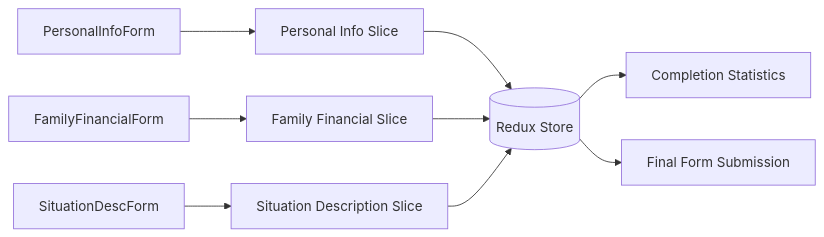
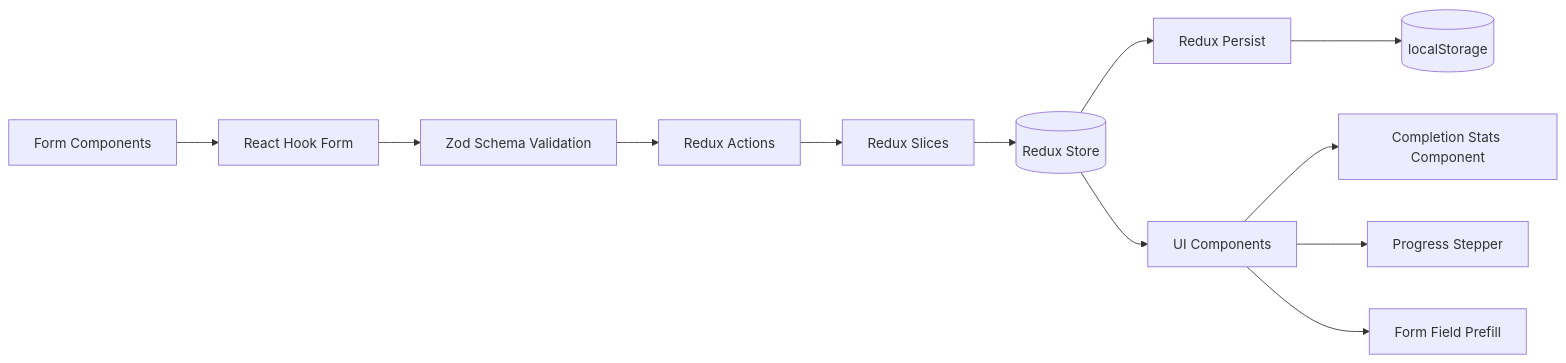
The second of 5 diagrams in docs/flow-diagram.md (pooyagolchian/social-support-app), drawn with Mermaid before and after one commit. The commit also changed other lines of this file and 1 other file, not shown here.

Commit message:
docs: update flow diagrams and application architecture in documentation; enhance clarity on validation and navigation processes

````diff
--- a/docs/flow-diagram.md
+++ b/docs/flow-diagram.md
@@ -41,13 +52,16 @@
 ```mermaid
 graph LR
-    PersonalInfoForm --> PersonalInfoSlice[Personal Info Slice]
-    FamilyFinancialForm --> FamilyFinancialSlice[Family Financial Slice]
-    SituationDescForm --> SituationDescSlice[Situation Description Slice]
+    Forms[Form Components] --> ReactHookForm[React Hook Form]
+    ReactHookForm --> ZodValidation[Zod Schema Validation]
+    ZodValidation --> ReduxActions[Redux Actions]
 
-    PersonalInfoSlice --> ReduxStore[(Redux Store)]
-    FamilyFinancialSlice --> ReduxStore
-    SituationDescSlice --> ReduxStore
+    ReduxActions --> Slices[Redux Slices]
+    Slices --> ReduxStore[(Redux Store)]
+    ReduxStore --> ReduxPersist[Redux Persist]
+    ReduxPersist --> LocalStorage[(localStorage)]
 
-    ReduxStore --> CompletionStats[Completion Statistics]
-    ReduxStore --> FormSubmission[Final Form Submission]
+    ReduxStore --> UIComponents[UI Components]
+    UIComponents --> CompletionStats[Completion Stats Component]
+    UIComponents --> Stepper[Progress Stepper]
+    UIComponents --> FormPrefill[Form Field Prefill]
 ```
````
